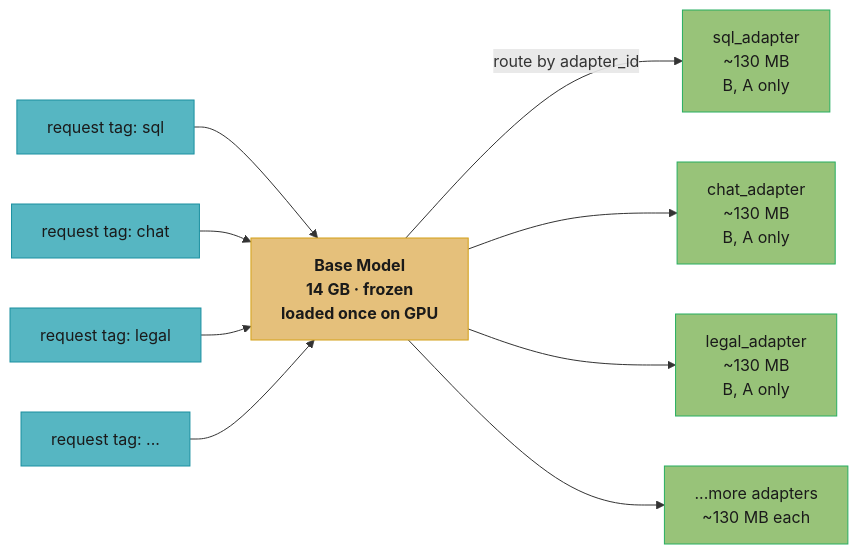
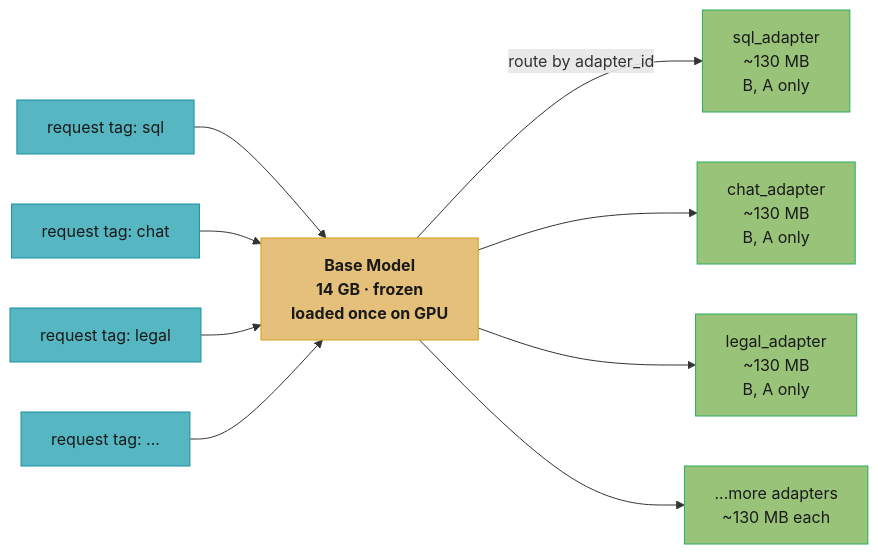
Before and after one commit to rppol/system-design: the third of 4 diagrams in src/main/java/com/rutik/systemdesign/llm/fine_tuning/lora.md, drawn with Mermaid. The commit also changed other lines of this file and 1 other file, not shown here.

First line of the commit message:
fix: Mermaid smooth curves on GitHub, thicker arrows, Q&A on separate lines

````diff
--- a/src/main/java/com/rutik/systemdesign/llm/fine_tuning/lora.md
+++ b/src/main/java/com/rutik/systemdesign/llm/fine_tuning/lora.md
@@ -325,28 +327,29 @@
 ```mermaid
+%%{init: {'flowchart': {'curve': 'basis', 'nodeSpacing': 50, 'rankSpacing': 60}}}%%
 flowchart LR
     classDef request fill:#56b6c2,stroke:#1a8fa0,color:#1a1a1a
     classDef baseM   fill:#e5c07b,stroke:#d4a017,color:#1a1a1a,font-weight:bold
     classDef adapter fill:#98c379,stroke:#27ae60,color:#1a1a1a
 
     r1["request  tag: sql"]
     r2["request  tag: chat"]
     r3["request  tag: legal"]
     r4["request  tag: ..."]
     base["Base Model\n14 GB · frozen\nloaded once on GPU"]
     a1["sql_adapter\n~130 MB\nB, A only"]
     a2["chat_adapter\n~130 MB\nB, A only"]
     a3["legal_adapter\n~130 MB\nB, A only"]
     a4["...more adapters\n~130 MB each"]
     r1 --> base
     r2 --> base
     r3 --> base
     r4 --> base
     base -->|"route by adapter_id"| a1
     base --> a2
     base --> a3
     base --> a4
 
     class r1,r2,r3,r4 request
     class base baseM
     class a1,a2,a3,a4 adapter
 ```
````
